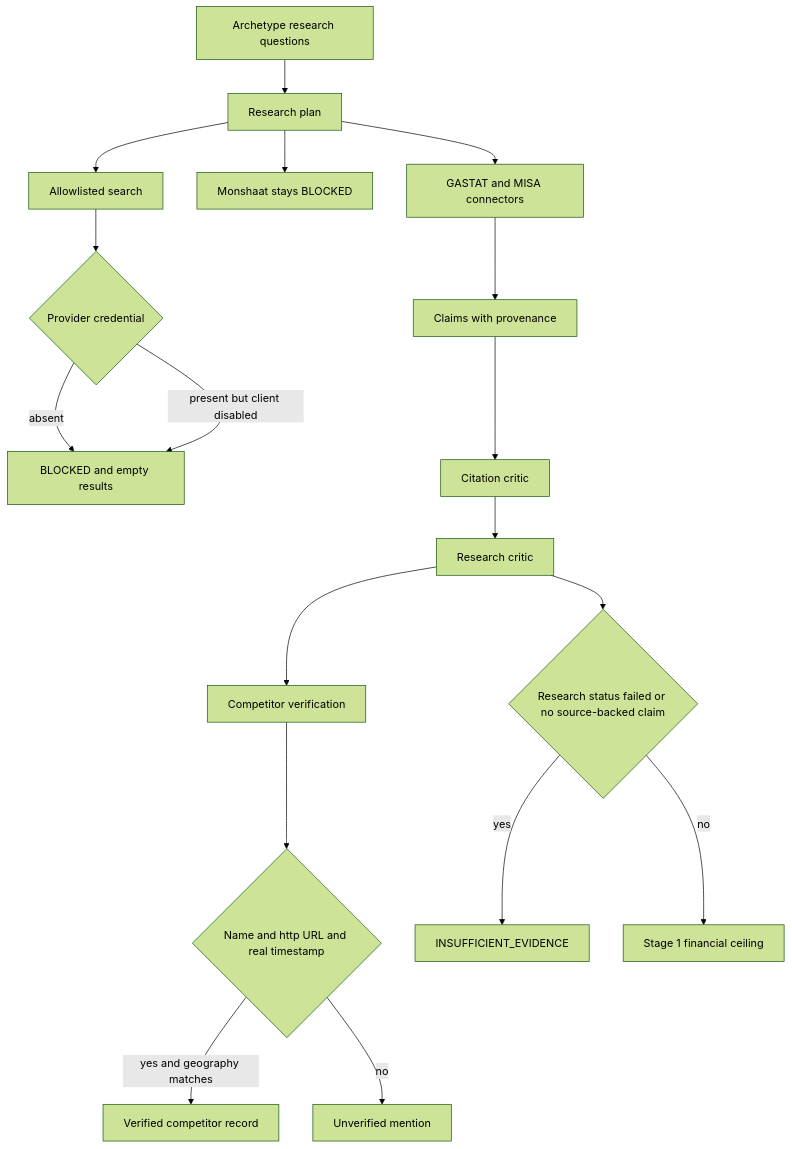
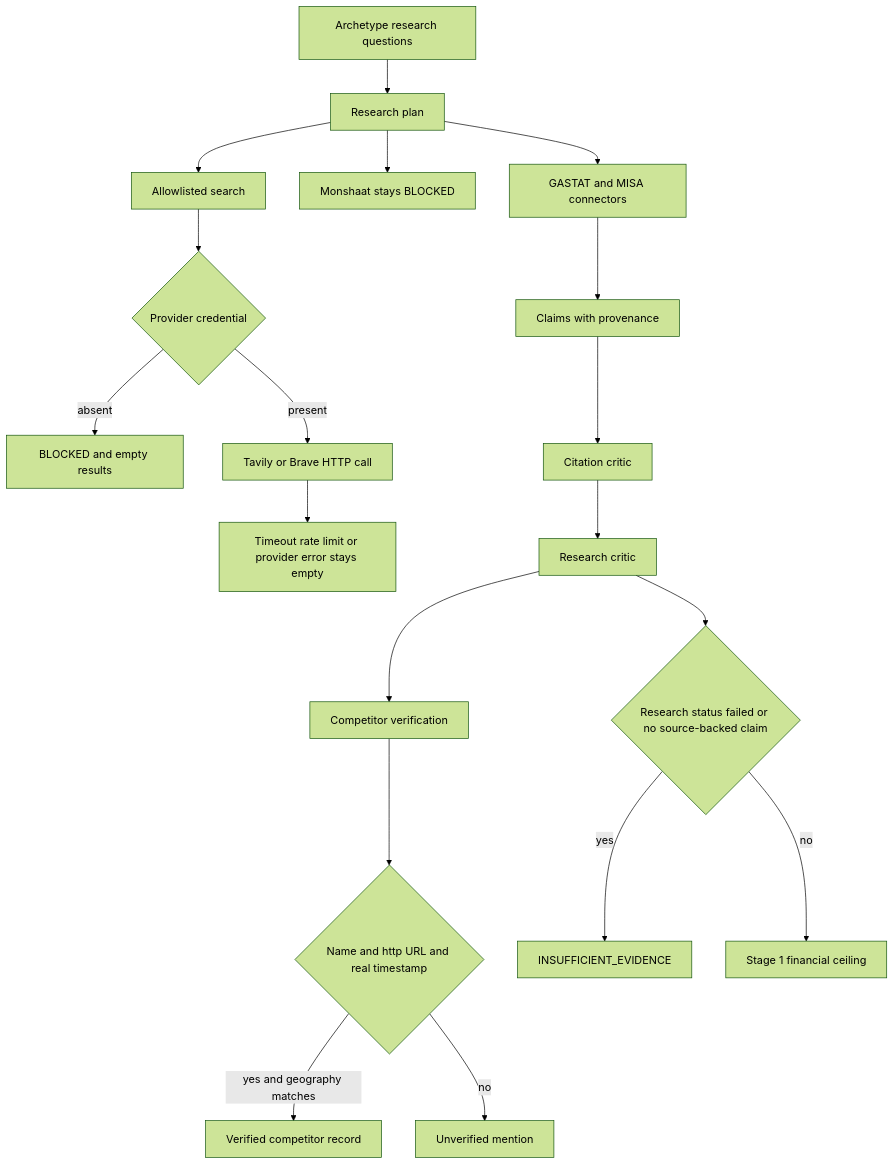
Before and after one commit to majaber1/saudi-business: the third of 6 diagrams in docs/architecture/FLOWCHARTS.md, drawn with Mermaid (forest theme). The commit also changed 7 other files, not shown here.

First line of the commit message:
Call Tavily or Brave only when an allowlisted key is configured.

````diff
--- a/docs/architecture/FLOWCHARTS.md
+++ b/docs/architecture/FLOWCHARTS.md
@@ -61,20 +61,21 @@
 ```mermaid
 flowchart TD
   gaps[Archetype research questions] --> plan[Research plan]
   plan --> live[GASTAT and MISA connectors]
   plan --> blockedMonshaat[Monshaat stays BLOCKED]
   plan --> searchNode[Allowlisted search]
   searchNode --> noKey{Provider credential}
   noKey -->|absent| searchBlocked[BLOCKED and empty results]
-  noKey -->|present but client disabled| searchBlocked
+  noKey -->|present| providerCall[Tavily or Brave HTTP call]
+  providerCall --> providerFail[Timeout rate limit or provider error stays empty]
   live --> claims[Claims with provenance]
   claims --> cite[Citation critic]
   cite --> lineage[Research critic]
   lineage --> competitors[Competitor verification]
   competitors --> verified{Name and http URL and real timestamp}
   verified -->|yes and geography matches| record[Verified competitor record]
   verified -->|no| mention[Unverified mention]
   lineage --> failed{Research status failed or no source-backed claim}
   failed -->|yes| insufficient[INSUFFICIENT_EVIDENCE]
   failed -->|no| financialGate[Stage 1 financial ceiling]
 ```
````
